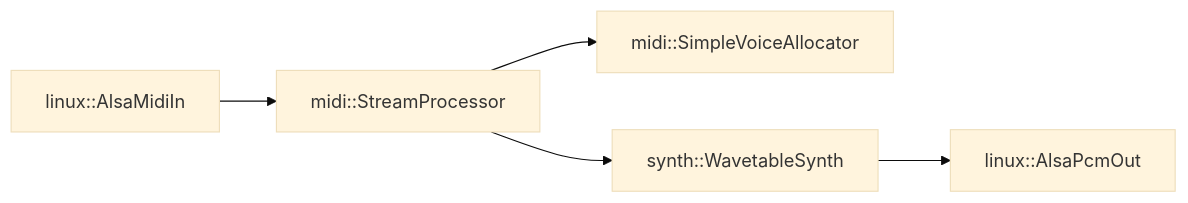
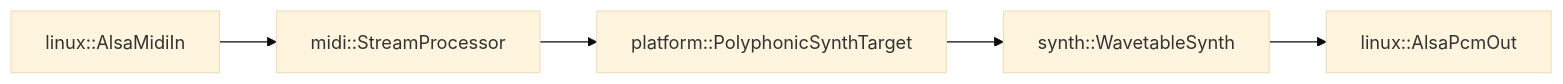
One commit to jfuerth/pressense changed the diagram in README.md. Above: the diagram before and after it, drawn with Mermaid (base theme). The commit also changed other lines of this file and 22 other files, not shown here.

First line of the commit message:
Major refactoring to split MIDI and Synth packages

````diff
--- a/README.md
+++ b/README.md
@@ -58,7 +58,7 @@
 ```mermaid
 flowchart LR
 linux::AlsaMidiIn-->midi::StreamProcessor
-midi::StreamProcessor-->midi::SimpleVoiceAllocator
-midi::StreamProcessor-->synth::WavetableSynth
+midi::StreamProcessor-->platform::PolyphonicSynthTarget
+platform::PolyphonicSynthTarget-->synth::WavetableSynth
 synth::WavetableSynth-->linux::AlsaPcmOut
 ```
````
